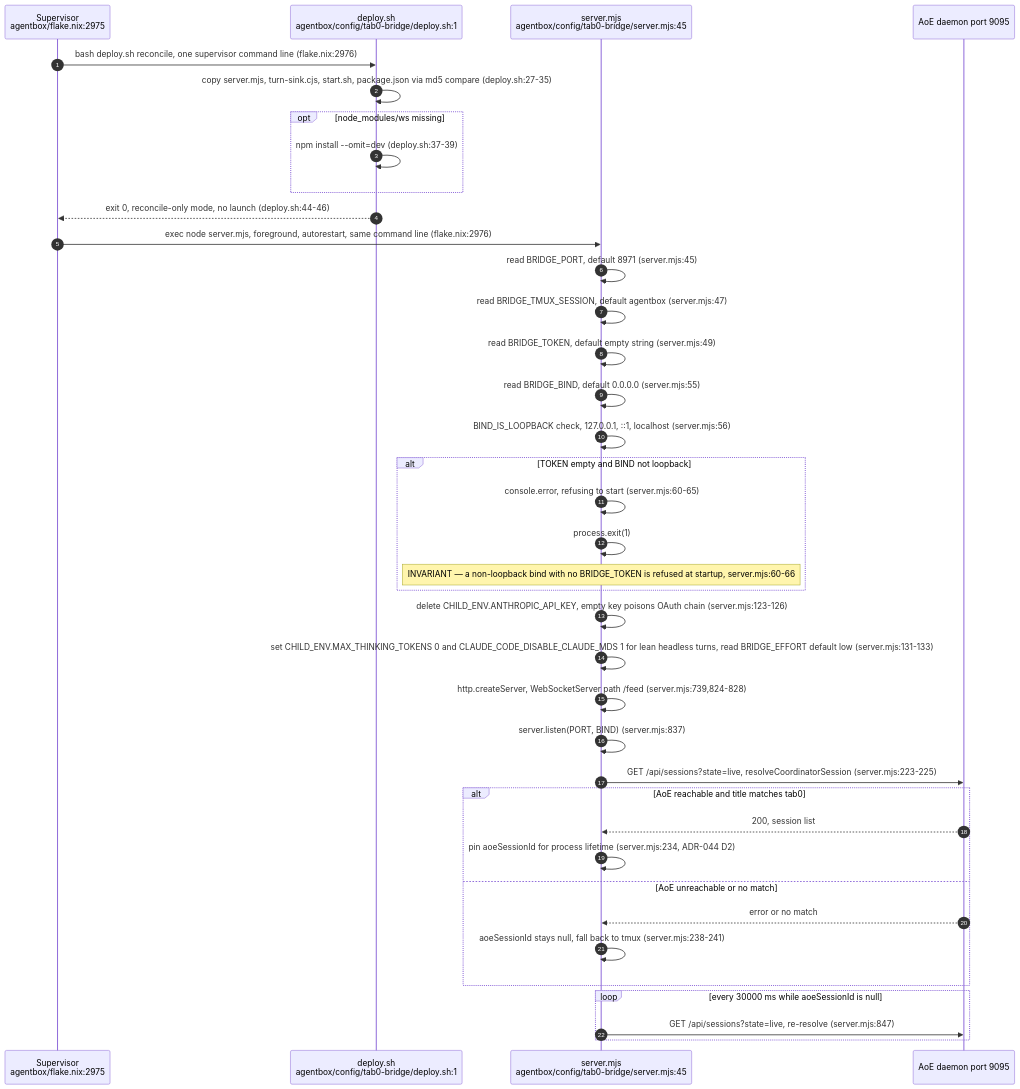
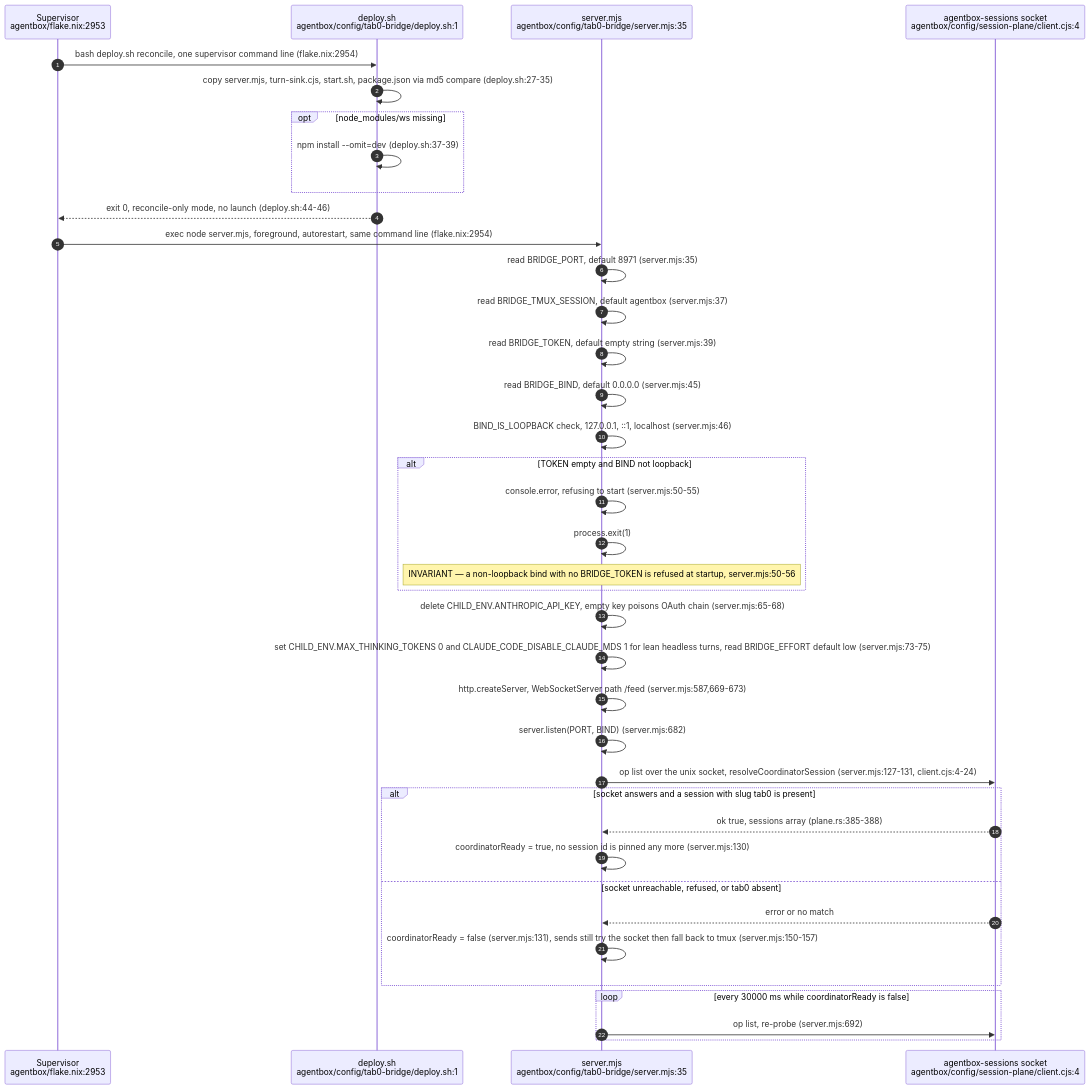
Before and after one commit to DreamLab-AI/VisionFlow: the first of 12 diagrams in docs/diagrams/agentbox/12-tab0-bridge-and-interaction-plane.md, drawn with Mermaid. The commit also changed other lines of this file and 145 other files, not shown here.

````diff
--- a/docs/diagrams/agentbox/12-tab0-bridge-and-interaction-plane.md
+++ b/docs/diagrams/agentbox/12-tab0-bridge-and-interaction-plane.md
@@ -42,41 +53,41 @@
 ```mermaid
 sequenceDiagram
     autonumber
-    participant Sup as Supervisor<br/>agentbox/flake.nix:2975
+    participant Sup as Supervisor<br/>agentbox/flake.nix:2953
     participant Dep as deploy.sh<br/>agentbox/config/tab0-bridge/deploy.sh:1
-    participant Node as server.mjs<br/>agentbox/config/tab0-bridge/server.mjs:45
-    participant AoEd as AoE daemon port 9095
+    participant Node as server.mjs<br/>agentbox/config/tab0-bridge/server.mjs:35
+    participant Sock as agentbox-sessions socket<br/>agentbox/config/session-plane/client.cjs:4
 
-    Sup->>Dep: bash deploy.sh reconcile, one supervisor command line (flake.nix:2976)
+    Sup->>Dep: bash deploy.sh reconcile, one supervisor command line (flake.nix:2954)
     Dep->>Dep: copy server.mjs, turn-sink.cjs, start.sh, package.json via md5 compare (deploy.sh:27-35)
     opt node_modules/ws missing
         Dep->>Dep: npm install --omit=dev (deploy.sh:37-39)
     end
     Dep-->>Sup: exit 0, reconcile-only mode, no launch (deploy.sh:44-46)
-    Sup->>Node: exec node server.mjs, foreground, autorestart, same command line (flake.nix:2976)
-    Node->>Node: read BRIDGE_PORT, default 8971 (server.mjs:45)
-    Node->>Node: read BRIDGE_TMUX_SESSION, default agentbox (server.mjs:47)
-    Node->>Node: read BRIDGE_TOKEN, default empty string (server.mjs:49)
-    Node->>Node: read BRIDGE_BIND, default 0.0.0.0 (server.mjs:55)
-    Node->>Node: BIND_IS_LOOPBACK check, 127.0.0.1, ::1, localhost (server.mjs:56)
+    Sup->>Node: exec node server.mjs, foreground, autorestart, same command line (flake.nix:2954)
+    Node->>Node: read BRIDGE_PORT, default 8971 (server.mjs:35)
+    Node->>Node: read BRIDGE_TMUX_SESSION, default agentbox (server.mjs:37)
+    Node->>Node: read BRIDGE_TOKEN, default empty string (server.mjs:39)
+    Node->>Node: read BRIDGE_BIND, default 0.0.0.0 (server.mjs:45)
+    Node->>Node: BIND_IS_LOOPBACK check, 127.0.0.1, ::1, localhost (server.mjs:46)
     alt TOKEN empty and BIND not loopback
-        Node->>Node: console.error, refusing to start (server.mjs:60-65)
+        Node->>Node: console.error, refusing to start (server.mjs:50-55)
         Node->>Node: process.exit(1)
-        Note over Node: INVARIANT — a non-loopback bind with no BRIDGE_TOKEN is refused at startup, server.mjs:60-66
+        Note over Node: INVARIANT — a non-loopback bind with no BRIDGE_TOKEN is refused at startup, server.mjs:50-56
     end
-    Node->>Node: delete CHILD_ENV.ANTHROPIC_API_KEY, empty key poisons OAuth chain (server.mjs:123-126)
-    Node->>Node: set CHILD_ENV.MAX_THINKING_TOKENS 0 and CLAUDE_CODE_DISABLE_CLAUDE_MDS 1 for lean headless turns, read BRIDGE_EFFORT default low (server.mjs:131-133)
-    Node->>Node: http.createServer, WebSocketServer path /feed (server.mjs:739,824-828)
-    Node->>Node: server.listen(PORT, BIND) (server.mjs:837)
-    Node->>AoEd: GET /api/sessions?state=live, resolveCoordinatorSession (server.mjs:223-225)
-    alt AoE reachable and title matches tab0
-        AoEd-->>Node: 200, session list
-        Node->>Node: pin aoeSessionId for process lifetime (server.mjs:234, ADR-044 D2)
-    else AoE unreachable or no match
-        AoEd-->>Node: error or no match
-        Node->>Node: aoeSessionId stays null, fall back to tmux (server.mjs:238-241)
+    Node->>Node: delete CHILD_ENV.ANTHROPIC_API_KEY, empty key poisons OAuth chain (server.mjs:65-68)
+    Node->>Node: set CHILD_ENV.MAX_THINKING_TOKENS 0 and CLAUDE_CODE_DISABLE_CLAUDE_MDS 1 for lean headless turns, read BRIDGE_EFFORT default low (server.mjs:73-75)
+    Node->>Node: http.createServer, WebSocketServer path /feed (server.mjs:587,669-673)
+    Node->>Node: server.listen(PORT, BIND) (server.mjs:682)
+    Node->>Sock: op list over the unix socket, resolveCoordinatorSession (server.mjs:127-131, client.cjs:4-24)
+    alt socket answers and a session with slug tab0 is present
+        Sock-->>Node: ok true, sessions array (plane.rs:385-388)
+        Node->>Node: coordinatorReady = true, no session id is pinned any more (server.mjs:130)
+    else socket unreachable, refused, or tab0 absent
+        Sock-->>Node: error or no match
+        Node->>Node: coordinatorReady = false (server.mjs:131), sends still try the socket then fall back to tmux (server.mjs:150-157)
     end
-    loop every 30000 ms while aoeSessionId is null
-        Node->>AoEd: GET /api/sessions?state=live, re-resolve (server.mjs:847)
+    loop every 30000 ms while coordinatorReady is false
+        Node->>Sock: op list, re-probe (server.mjs:692)
     end
 ```
````
